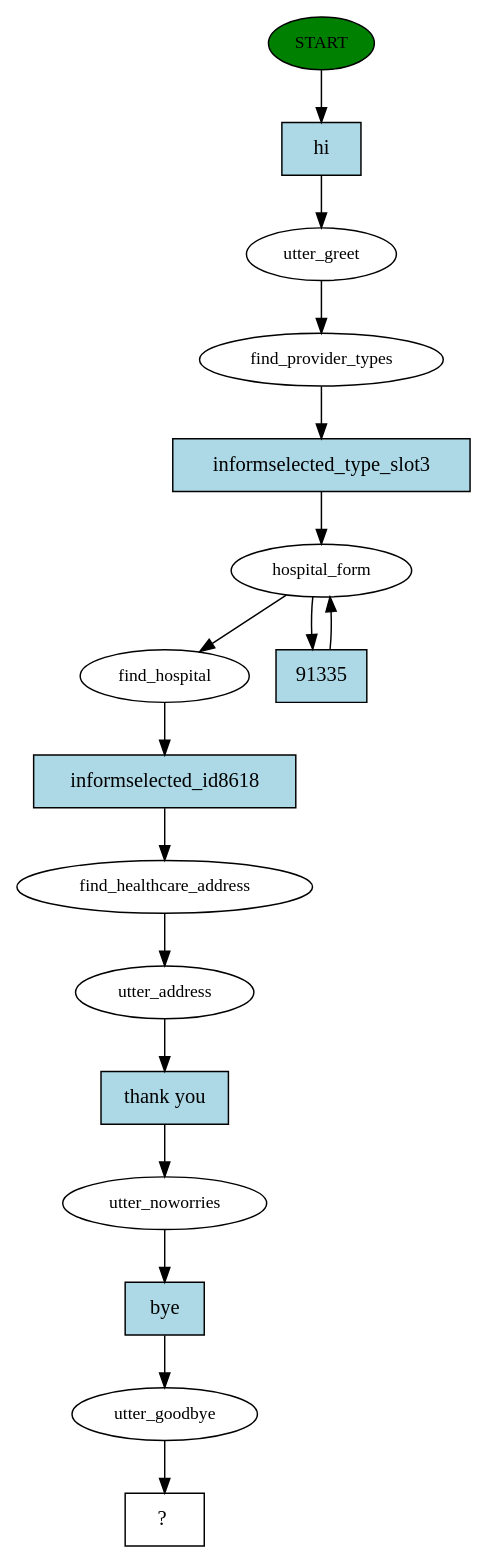
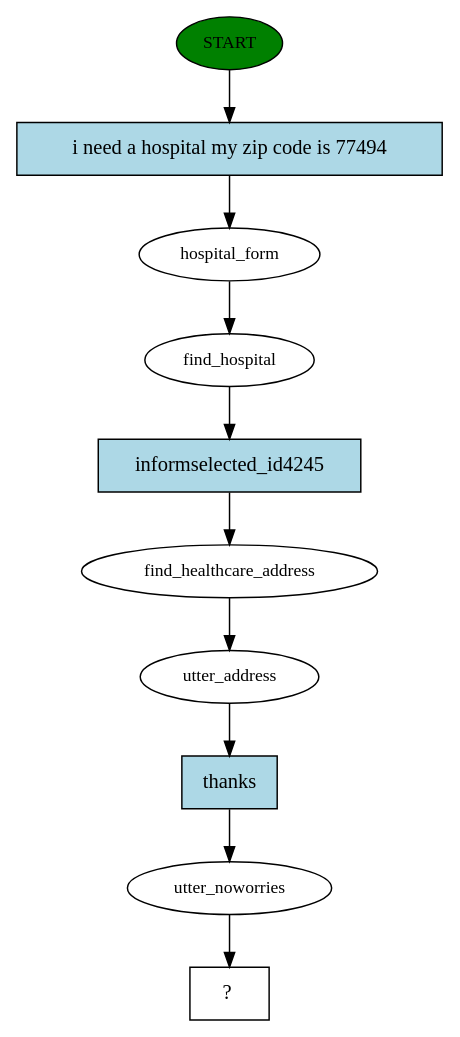
One commit to RasaHQ/medicare_locator changed the diagram in story_graph.dot. Above: the diagram before and after it, drawn with Graphviz. The commit also changed 29 other files, not shown here.

```diff
--- a/story_graph.dot
+++ b/story_graph.dot
@@ -1,34 +1,21 @@
 digraph  {
 0 [label=START, fillcolor=green, style=filled, fontsize=12, class="start active"];
-1 [label=utter_greet, fontsize=12, class=active];
-2 [label=find_provider_types, fontsize=12, class=active];
-3 [label=hospital_form, fontsize=12, class=active];
-5 [label=find_hospital, fontsize=12, class=active];
-6 [label=find_healthcare_address, fontsize=12, class=active];
-7 [label=utter_address, fontsize=12, class=active];
-8 [label=utter_noworries, fontsize=12, class=active];
-9 [label=utter_goodbye, fontsize=12, class=active];
-10 [label="  ?  ", shape=rect, class="intent dashed active"];
-11 [label=hi, shape=rect, style=filled, fillcolor=lightblue, class="intent active"];
-12 [label=informselected_type_slot3, shape=rect, style=filled, fillcolor=lightblue, class="intent active"];
-13 [label=91335, shape=rect, style=filled, fillcolor=lightblue, class="intent active"];
-14 [label=informselected_id8618, shape=rect, style=filled, fillcolor=lightblue, class="intent active"];
-15 [label="thank you", shape=rect, style=filled, fillcolor=lightblue, class="intent active"];
-16 [label=bye, shape=rect, style=filled, fillcolor=lightblue, class="intent active"];
-0 -> 11  [key=0, class=active];
+1 [label=hospital_form, fontsize=12, class=active];
+2 [label=find_hospital, fontsize=12, class=active];
+3 [label=find_healthcare_address, fontsize=12, class=active];
+4 [label=utter_address, fontsize=12, class=active];
+5 [label=utter_noworries, fontsize=12, class=active];
+6 [label="  ?  ", shape=rect, class="intent dashed active"];
+7 [label="i need a hospital my zip code is 77494", shape=rect, style=filled, fillcolor=lightblue, class="intent active"];
+8 [label=informselected_id4245, shape=rect, style=filled, fillcolor=lightblue, class="intent active"];
+9 [label=thanks, shape=rect, style=filled, fillcolor=lightblue, class="intent active"];
+0 -> 7  [key=0, class=active];
 1 -> 2  [key=NONE, label="", class=active];
-2 -> 12  [key=0, class=active];
-3 -> 5  [key=NONE, label="", class=active];
-3 -> 13  [key=0, class=active];
-5 -> 14  [key=0, class=active];
-6 -> 7  [key=NONE, label="", class=active];
-7 -> 15  [key=0, class=active];
-8 -> 16  [key=0, class=active];
-9 -> 10  [key=NONE, label="", class=active];
-11 -> 1  [key=0, class=active];
-12 -> 3  [key=0, class=active];
-13 -> 3  [key=0, class=active];
-14 -> 6  [key=0, class=active];
-15 -> 8  [key=0, class=active];
-16 -> 9  [key=0, class=active];
+2 -> 8  [key=0, class=active];
+3 -> 4  [key=NONE, label="", class=active];
+4 -> 9  [key=0, class=active];
+5 -> 6  [key=NONE, label="", class=active];
+7 -> 1  [key=0, class=active];
+8 -> 3  [key=0, class=active];
+9 -> 5  [key=0, class=active];
 }
```
